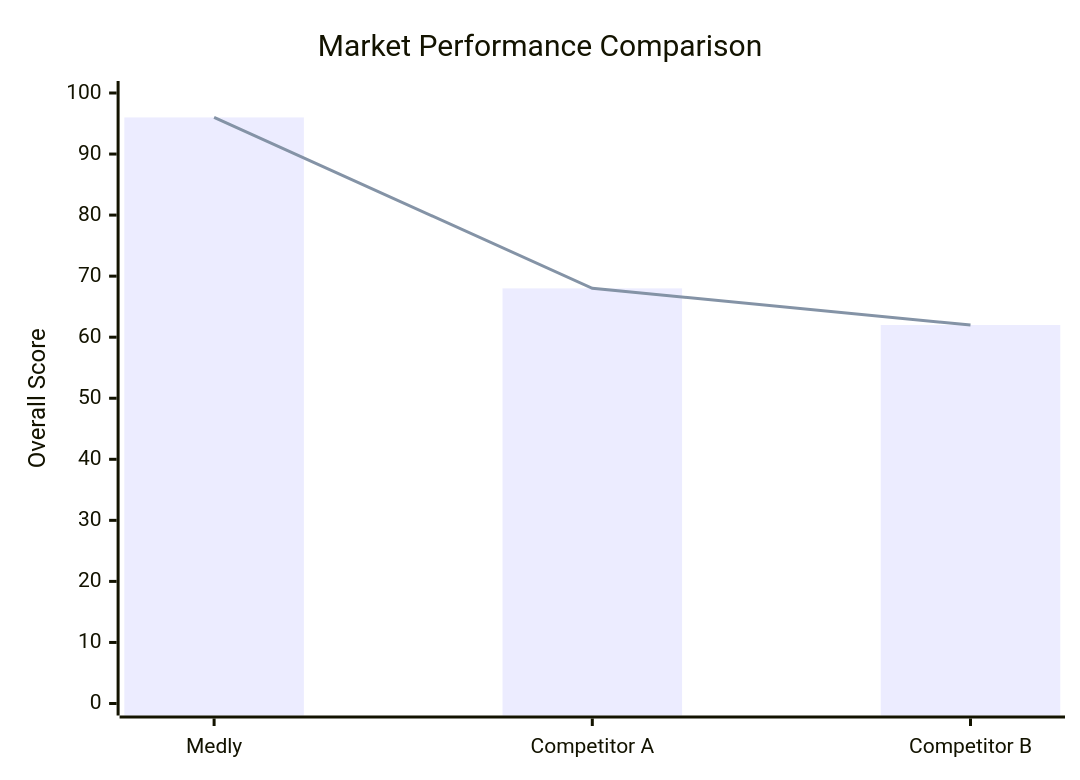
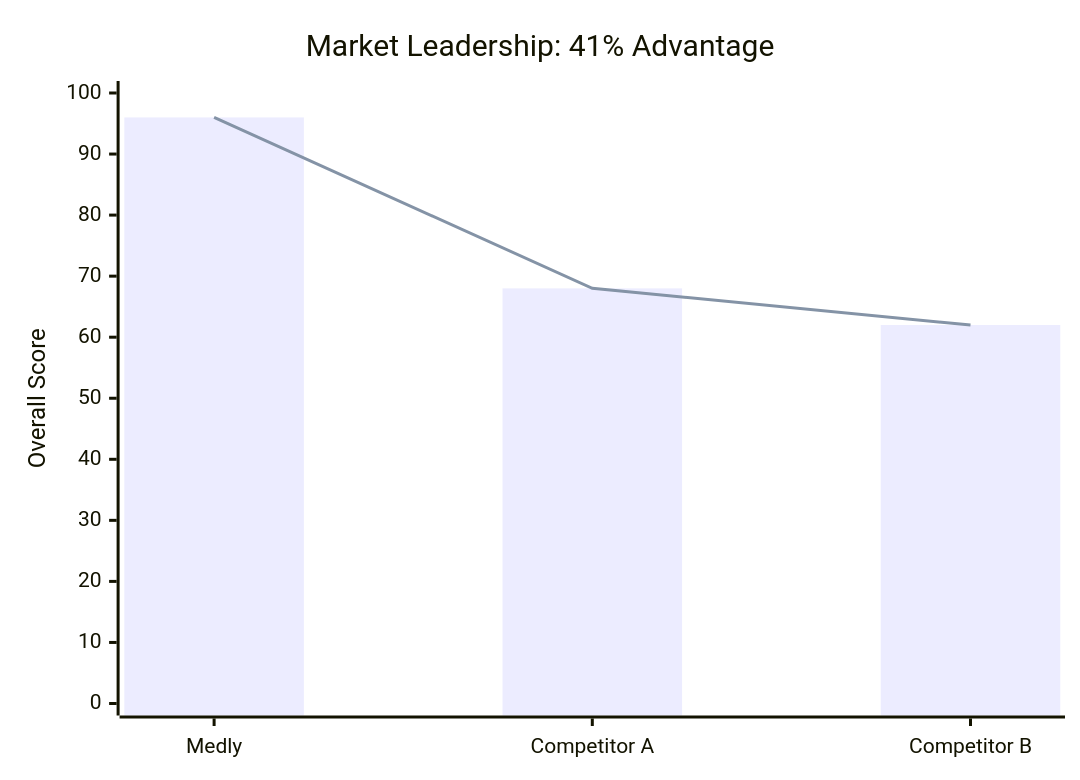
One commit to Iceman-Dann/Medly changed the seventh of 11 diagrams in README.md. Above: the diagram before and after it, drawn with Mermaid. The commit also changed other lines of this file, not shown here.

````diff
--- a/README.md
+++ b/README.md
@@ -118,8 +115,8 @@
 ```mermaid
 xychart-beta
-    title "Market Performance Comparison"
+    title "Market Leadership: 41% Advantage"
     x-axis ["Medly", "Competitor A", "Competitor B"]
     y-axis "Overall Score" 0 --> 100
     bar [96, 68, 62]
     line [96, 68, 62]
 ```
````
